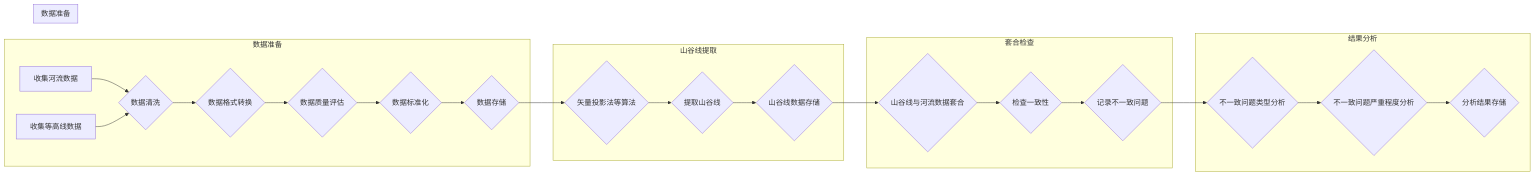
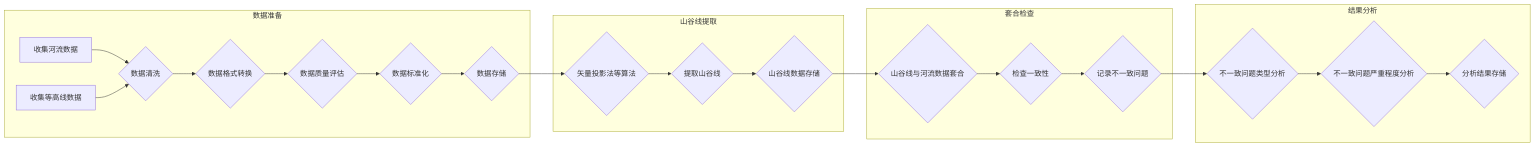
Before and after one commit to 2544622615/iodraw-files: the diagram in all/未命名-1.md, drawn with Mermaid.

Commit message:
2024-08-17 11:50:06 update

````diff
--- a/all/未命名-1.md
+++ b/all/未命名-1.md
@@ -1,42 +1,40 @@
 ```mermaid
 graph LR
     subgraph 数据准备
         A[收集河流数据] --> B{数据清洗}
         G[收集等高线数据] --> B{数据清洗}
         B --> C{数据格式转换}
         C --> D{数据质量评估}
         D --> E{数据标准化}
         E --> F{数据存储}
     
     end
     
-  
 
     subgraph 山谷线提取
         F --> M{矢量投影法等算法}
         M --> N{提取山谷线}
         N --> O{山谷线数据存储}
     end
 
     subgraph 套合检查
         O --> P{山谷线与河流数据套合}
         P --> Q{检查一致性}
         Q --> R{记录不一致问题}
     end
 
     subgraph 结果分析
         R --> S{不一致问题类型分析}
         S --> T{不一致问题严重程度分析}
         T --> U{分析结果存储}
     end
 
-    subgraph 河流数据准备 [数据准备]
+    subgraph 数据准备 [数据准备]
     end
-
     subgraph 山谷线提取 [山谷线提取]
     end
     subgraph 套合检查 [套合检查]
     end
     subgraph 结果分析 [结果分析]
     end
 ```
````
